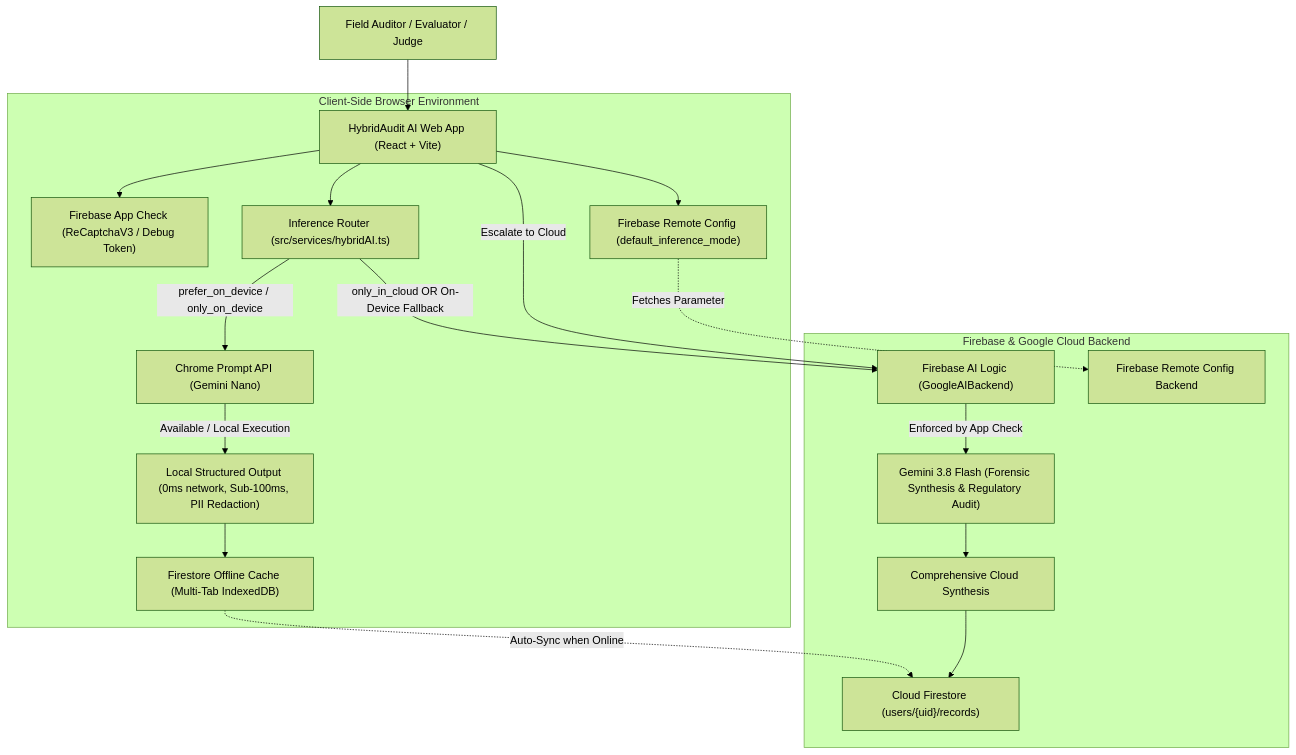
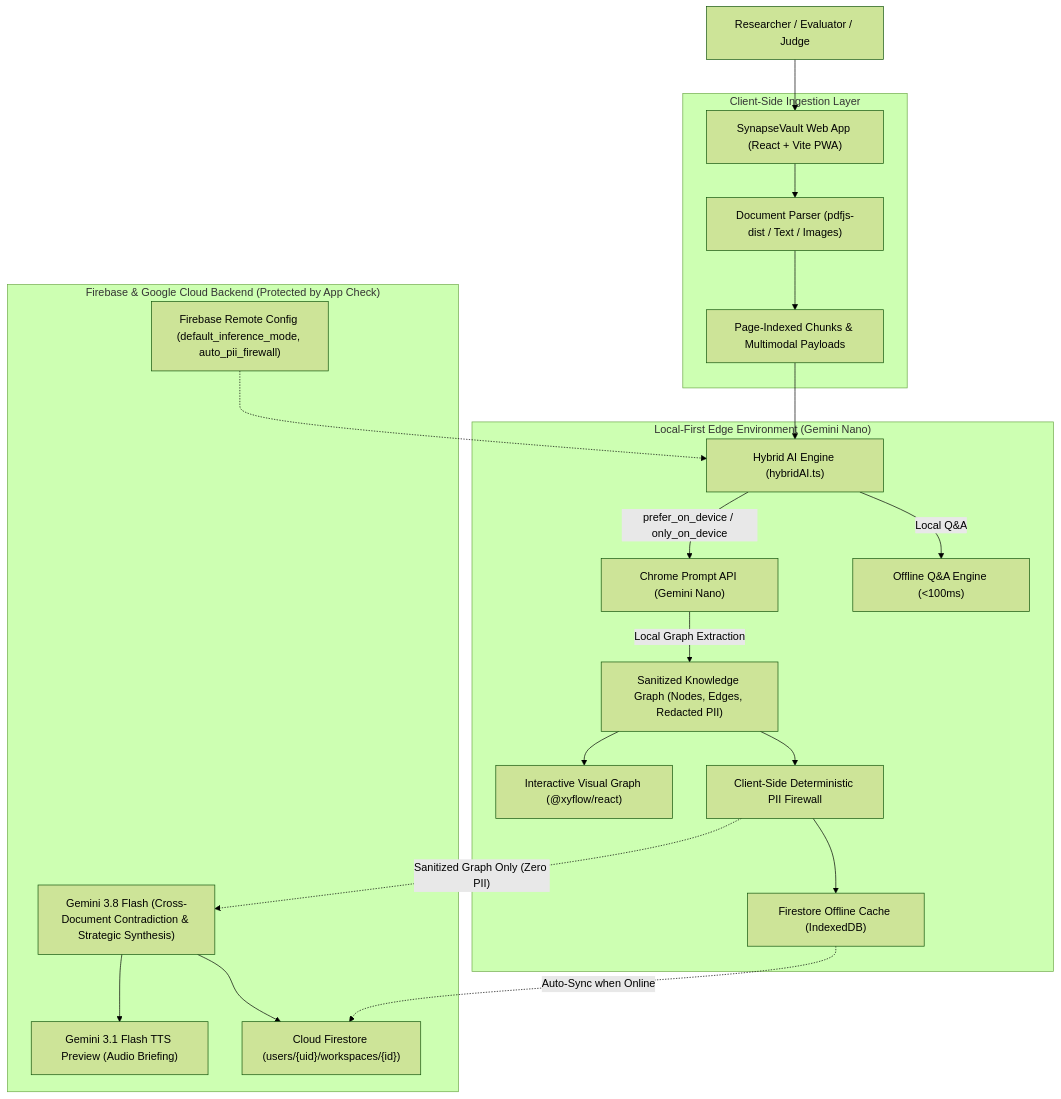
One commit to ritesh-1912/Firebase-Hackathon changed the diagram in README.md. Above: the diagram before and after it, drawn with Mermaid (forest theme). The commit also changed other lines of this file and 12 other files, not shown here.

Commit message:
feat: implement SynapseVault hybrid graph extraction, local PII firewall, and cloud synthesis engine

````diff
--- a/README.md
+++ b/README.md
@@ -85,27 +41,30 @@
 ```mermaid
 flowchart TD
-    User["Field Auditor / Evaluator / Judge"] --> UI["HybridAudit AI Web App (React + Vite)"]
+    User["Researcher / Evaluator / Judge"] --> UI["SynapseVault Web App (React + Vite PWA)"]
     
-    subgraph Client["Client-Side Browser Environment"]
-        UI --> AppCheck["Firebase App Check (ReCaptchaV3 / Debug Token)"]
-        UI --> RemoteConfig["Firebase Remote Config (default_inference_mode)"]
-        UI --> Routing["Inference Router (src/services/hybridAI.ts)"]
-        
-        Routing -->|"prefer_on_device / only_on_device"| PromptAPI["Chrome Prompt API (Gemini Nano)"]
-        PromptAPI -->|"Available / Local Execution"| LocalResult["Local Structured Output (0ms network, Sub-100ms, PII Redaction)"]
-        
-        LocalResult --> FirestoreLocal["Firestore Offline Cache (Multi-Tab IndexedDB)"]
+    subgraph Ingestion["Client-Side Ingestion Layer"]
+        UI --> Parser["Document Parser (pdfjs-dist / Text / Images)"]
+        Parser --> IngestData["Page-Indexed Chunks & Multimodal Payloads"]
     end
 
-    subgraph Cloud["Firebase & Google Cloud Backend"]
-        Routing -->|"only_in_cloud OR On-Device Fallback"| AIlogic["Firebase AI Logic (GoogleAIBackend)"]
-        UI -->|"Escalate to Cloud"| AIlogic
+    subgraph Client["Local-First Edge Environment (Gemini Nano)"]
+        IngestData --> Router["Hybrid AI Engine (hybridAI.ts)"]
+        Router -->|"prefer_on_device / only_on_device"| PromptAPI["Chrome Prompt API (Gemini Nano)"]
+        PromptAPI -->|"Local Graph Extraction"| GraphPayload["Sanitized Knowledge Graph (Nodes, Edges, Redacted PII)"]
         
-        AIlogic -->|"Enforced by App Check"| GeminiFlash["Gemini 3.8 Flash (Forensic Synthesis & Regulatory Audit)"]
-        GeminiFlash --> CloudResult["Comprehensive Cloud Synthesis"]
+        Router -->|"Local Q&A"| LocalQA["Offline Q&A Engine (<100ms)"]
         
-        FirestoreLocal -.->|"Auto-Sync when Online"| CloudFirestore["Cloud Firestore (users/{uid}/records)"]
-        CloudResult --> CloudFirestore
-        RemoteConfig -.->|"Fetches Parameter"| CloudRemoteConfig["Firebase Remote Config Backend"]
+        GraphPayload --> GraphView["Interactive Visual Graph (@xyflow/react)"]
+        GraphPayload --> PiiFirewall["Client-Side Deterministic PII Firewall"]
+        PiiFirewall --> LocalCache["Firestore Offline Cache (IndexedDB)"]
+    end
+
+    subgraph Cloud["Firebase & Google Cloud Backend (Protected by App Check)"]
+        PiiFirewall -.->|"Sanitized Graph Only (Zero PII)"| CloudBriefing["Gemini 3.8 Flash (Cross-Document Contradiction & Strategic Synthesis)"]
+        CloudBriefing --> AudioTTS["Gemini 3.1 Flash TTS Preview (Audio Briefing)"]
+        
+        LocalCache -.->|"Auto-Sync when Online"| CloudFirestore["Cloud Firestore (users/{uid}/workspaces/{id})"]
+        CloudBriefing --> CloudFirestore
+        RemoteConfig["Firebase Remote Config (default_inference_mode, auto_pii_firewall)"] -.-> Router
     end
 ```
````
